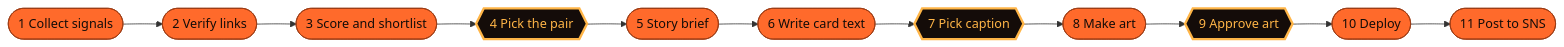
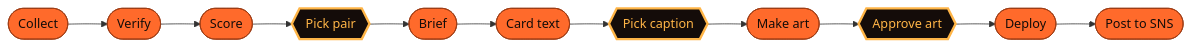
One commit to sayinel/MemeRush changed the diagram in README.md. Above: the diagram before and after it, drawn with Mermaid. The commit also changed other lines of this file, not shown here.

````diff
--- a/README.md
+++ b/README.md
@@ -58,8 +41,8 @@
 ```mermaid
 flowchart LR
-  A1([1 Collect signals]):::agent --> A2([2 Verify links]):::agent --> A3([3 Score and shortlist]):::agent --> H1{{4 Pick the pair}}:::human
-  H1 --> A5([5 Story brief]):::agent --> A6([6 Write card text]):::agent --> H2{{7 Pick caption}}:::human
-  H2 --> A8([8 Make art]):::agent --> H3{{9 Approve art}}:::human --> A10([10 Deploy]):::agent --> A11([11 Post to SNS]):::agent
+  A1([Collect]):::agent --> A2([Verify]):::agent --> A3([Score]):::agent --> H1{{Pick pair}}:::human
+  H1 --> A5([Brief]):::agent --> A6([Card text]):::agent --> H2{{Pick caption}}:::human
+  H2 --> A8([Make art]):::agent --> H3{{Approve art}}:::human --> A10([Deploy]):::agent --> A11([Post to SNS]):::agent
   classDef agent fill:#FF6A2B,stroke:#9A3A12,color:#140C09;
   classDef human fill:#140C09,stroke:#FFB547,stroke-width:3px,color:#FFB547;
 ```
````
